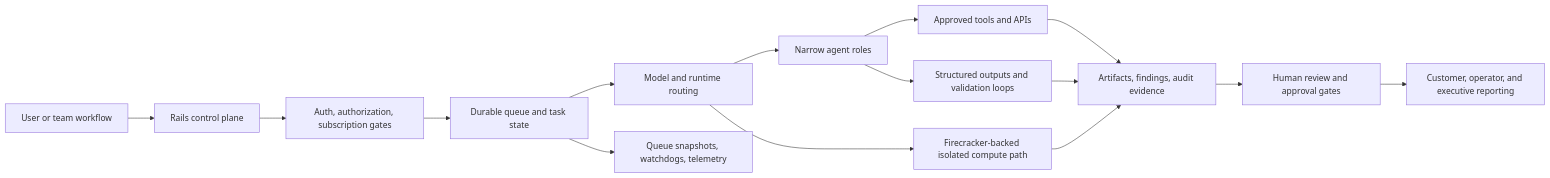
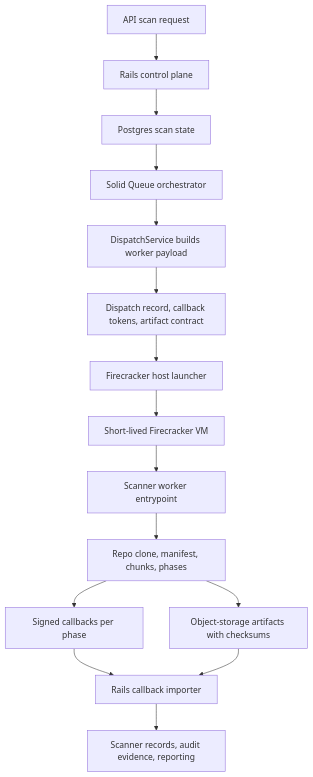
The diagram in assets/architecture-diagrams/production-agent-workflow.md (illmethinks0/gary-dobkin-proof-of-work), drawn with Mermaid before and after one commit. The commit also changed other lines of this file, not shown here.

Commit message:
Ground architecture diagram in EUCompli scanner flow

````diff
--- a/assets/architecture-diagrams/production-agent-workflow.md
+++ b/assets/architecture-diagrams/production-agent-workflow.md
@@ -5,18 +9,18 @@
 ```mermaid
-flowchart LR
-    intake["User or team workflow"] --> control["Rails control plane"]
-    control --> auth["Auth, authorization, subscription gates"]
-    auth --> queue["Durable queue and task state"]
-    queue --> router["Model and runtime routing"]
-    router --> agents["Narrow agent roles"]
-    agents --> tools["Approved tools and APIs"]
-    tools --> evidence["Artifacts, findings, audit evidence"]
-    evidence --> review["Human review and approval gates"]
-    review --> reporting["Customer, operator, and executive reporting"]
-
-    queue --> monitor["Queue snapshots, watchdogs, telemetry"]
-    agents --> validation["Structured outputs and validation loops"]
-    validation --> evidence
-    router --> isolated["Firecracker-backed isolated compute path"]
-    isolated --> evidence
+%% Title: EUCompli Scanner Worker Flow - Sanitized
+flowchart TD
+    intake["API scan request"] --> control["Rails control plane"]
+    control --> record["Postgres scan state"]
+    record --> queue["Solid Queue orchestrator"]
+    queue --> dispatch["DispatchService builds worker payload"]
+    dispatch --> contract["Dispatch record, callback tokens, artifact contract"]
+    contract --> host["Firecracker host launcher"]
+    host --> vm["Short-lived Firecracker VM"]
+    vm --> worker["Scanner worker entrypoint"]
+    worker --> phases["Repo clone, manifest, chunks, phases"]
+    phases --> artifacts["Object-storage artifacts with checksums"]
+    phases --> callbacks["Signed callbacks per phase"]
+    callbacks --> importer["Rails callback importer"]
+    artifacts --> importer
+    importer --> evidence["Scanner records, audit evidence, reporting"]
 ```
````
